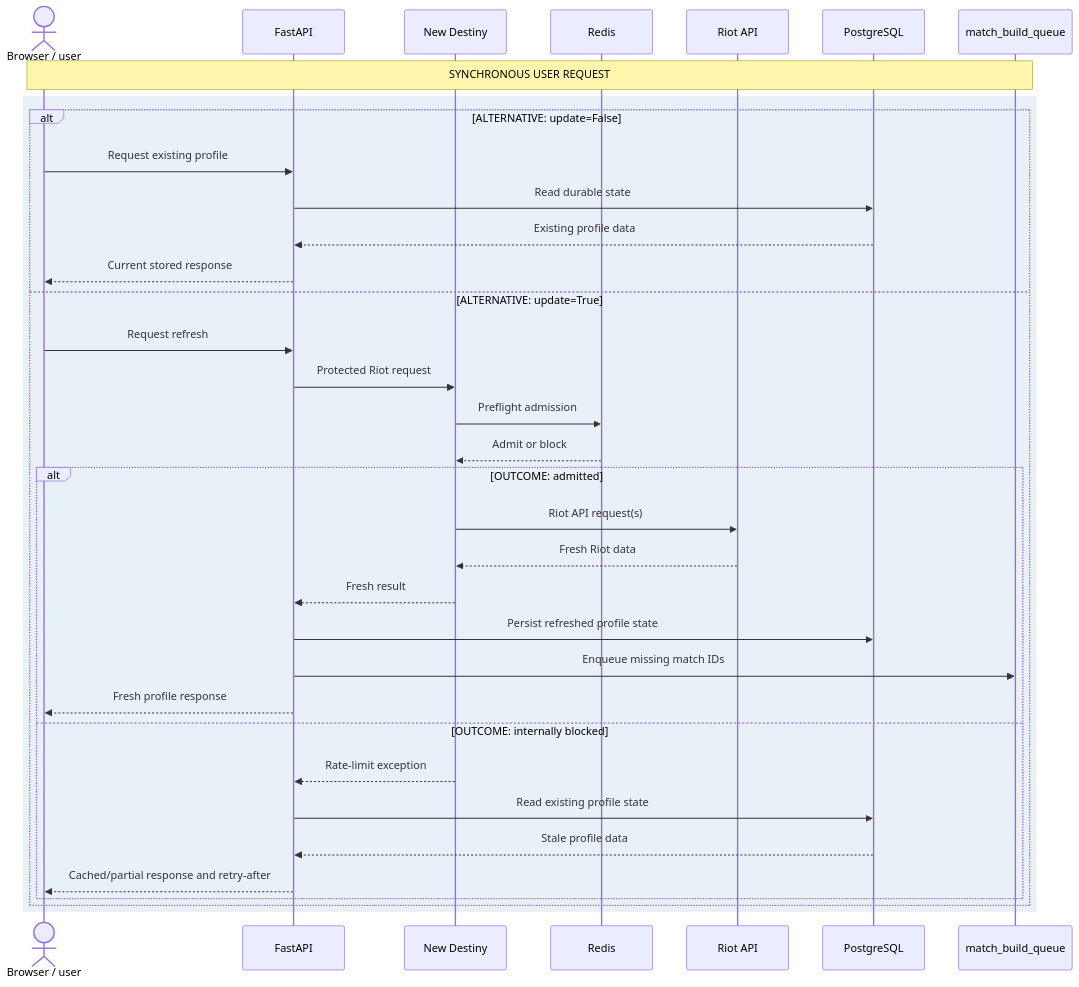
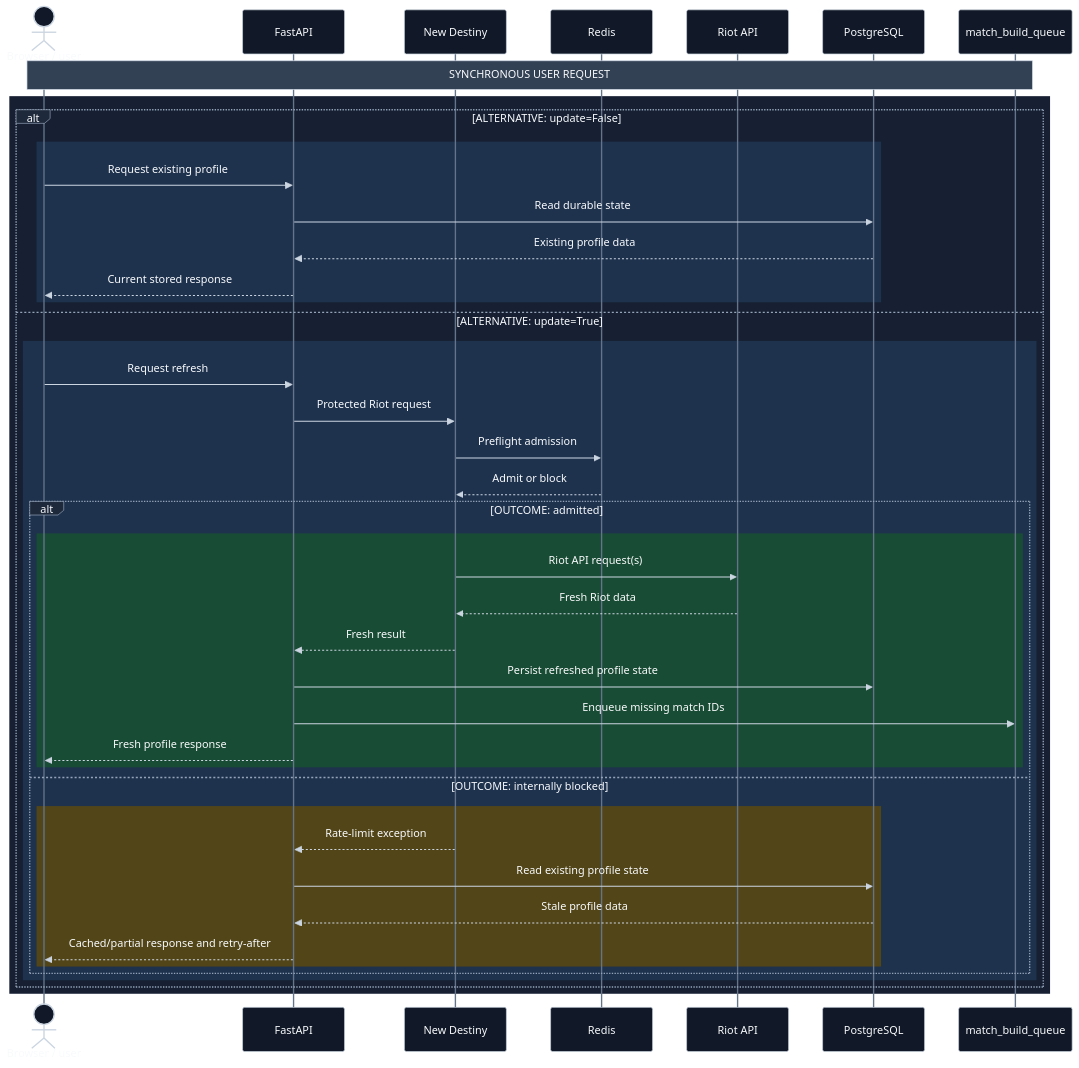
Before and after one commit to winrates-gg/wrgg-public-documentation: the second of 5 diagrams in docs/backend-runtime.md, drawn with Mermaid. The commit also changed other lines of this file, not shown here.

Commit message:
Improved diagrams, more github testing

````diff
--- a/docs/backend-runtime.md
+++ b/docs/backend-runtime.md
@@ -92,39 +95,48 @@
 ```mermaid
+%%{init: {"theme": "base", "themeVariables": {"background": "#0f172a", "primaryColor": "#172033", "primaryTextColor": "#f8fafc", "primaryBorderColor": "#94a3b8", "lineColor": "#cbd5e1", "actorBkg": "#111827", "actorBorder": "#cbd5e1", "actorTextColor": "#f8fafc", "actorLineColor": "#64748b", "signalColor": "#cbd5e1", "signalTextColor": "#f8fafc", "labelBoxBkgColor": "#1e293b", "labelBoxBorderColor": "#94a3b8", "labelTextColor": "#f8fafc", "noteBkgColor": "#334155", "noteBorderColor": "#cbd5e1", "noteTextColor": "#f8fafc"}}}%%
 sequenceDiagram
     actor User as Browser / user
     participant API as FastAPI
     participant ND as New Destiny
     participant Redis as Redis
     participant Riot as Riot API
     participant DB as PostgreSQL
     participant Queue as match_build_queue
 
     Note over User,Queue: SYNCHRONOUS USER REQUEST
-    rect rgb(232, 240, 248)
+    rect rgb(23, 32, 51)
         alt ALTERNATIVE: update=False
-            User->>API: Request existing profile
-            API->>DB: Read durable state
-            DB-->>API: Existing profile data
-            API-->>User: Current stored response
+            rect rgb(30, 50, 78)
+                User->>API: Request existing profile
+                API->>DB: Read durable state
+                DB-->>API: Existing profile data
+                API-->>User: Current stored response
+            end
         else ALTERNATIVE: update=True
-            User->>API: Request refresh
-            API->>ND: Protected Riot request
-            ND->>Redis: Preflight admission
-            Redis-->>ND: Admit or block
+            rect rgb(30, 50, 78)
+                User->>API: Request refresh
+                API->>ND: Protected Riot request
+                ND->>Redis: Preflight admission
+                Redis-->>ND: Admit or block
 
-            alt OUTCOME: admitted
-                ND->>Riot: Riot API request(s)
-                Riot-->>ND: Fresh Riot data
-                ND-->>API: Fresh result
-                API->>DB: Persist refreshed profile state
-                API->>Queue: Enqueue missing match IDs
-                API-->>User: Fresh profile response
-            else OUTCOME: internally blocked
-                ND-->>API: Rate-limit exception
-                API->>DB: Read existing profile state
-                DB-->>API: Stale profile data
-                API-->>User: Cached/partial response and retry-after
+                alt OUTCOME: admitted
+                    rect rgb(25, 76, 52)
+                        ND->>Riot: Riot API request(s)
+                        Riot-->>ND: Fresh Riot data
+                        ND-->>API: Fresh result
+                        API->>DB: Persist refreshed profile state
+                        API->>Queue: Enqueue missing match IDs
+                        API-->>User: Fresh profile response
+                    end
+                else OUTCOME: internally blocked
+                    rect rgb(82, 69, 24)
+                        ND-->>API: Rate-limit exception
+                        API->>DB: Read existing profile state
+                        DB-->>API: Stale profile data
+                        API-->>User: Cached/partial response and retry-after
+                    end
+                end
             end
         end
     end
 ```
````
